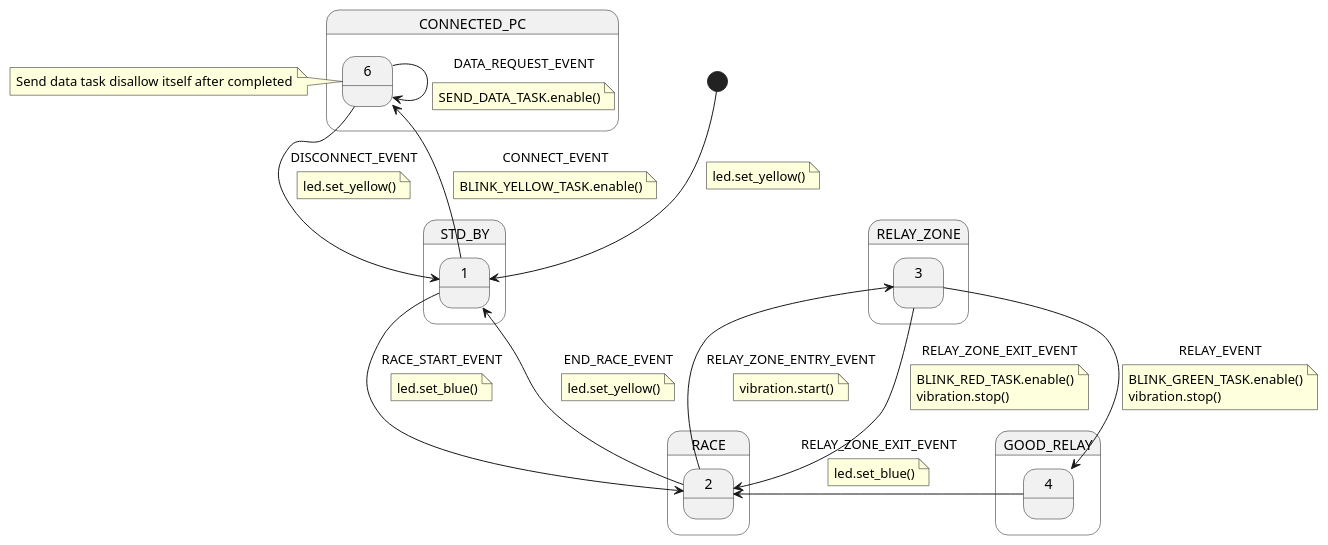
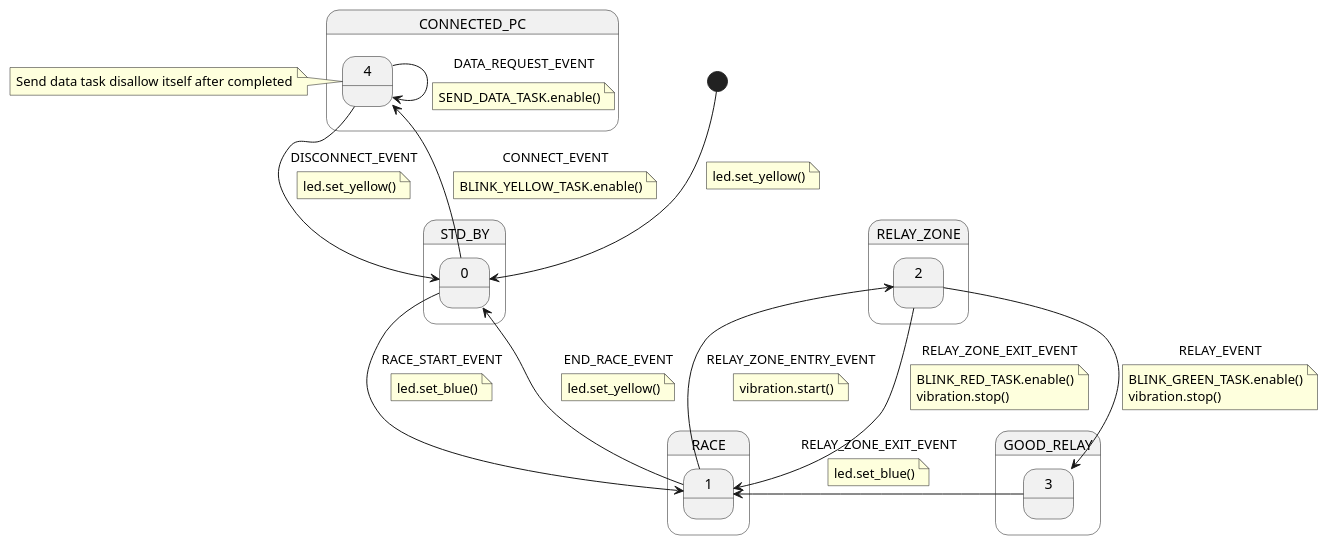
Before and after one commit to MeletChirino/linky4teens_simulator: the diagram in uml/OperatingSM.iuml, drawn with PlantUML.

Commit message:
[UPDATE] uml sm diagram

```diff
--- a/uml/OperatingSM.iuml
+++ b/uml/OperatingSM.iuml
@@ -1,50 +1,50 @@
 @startuml
-[*] --> STD_BY.1
+[*] --> STD_BY.0
 note on link
 	led.set_yellow()
 end note
-STD_BY.1 --> RACE.2 :  RACE_START_EVENT
+STD_BY.0 --> RACE.1 :  RACE_START_EVENT
 note on link
 	led.set_blue()
 end note
-RACE.2 --> STD_BY.1 : END_RACE_EVENT
+RACE.1 --> STD_BY.0 : END_RACE_EVENT
 note on link
 	led.set_yellow()
 end note
-RACE.2 --> RELAY_ZONE.3 : RELAY_ZONE_ENTRY_EVENT
+RACE.1 --> RELAY_ZONE.2 : RELAY_ZONE_ENTRY_EVENT
 note on link
 	vibration.start()
 end note
-RELAY_ZONE.3 --> RACE.2 : RELAY_ZONE_EXIT_EVENT
+RELAY_ZONE.2 --> RACE.1 : RELAY_ZONE_EXIT_EVENT
 note on link
 	BLINK_RED_TASK.enable()
 	vibration.stop()
 end note
-RELAY_ZONE.3 --> GOOD_RELAY.4 : RELAY_EVENT
+RELAY_ZONE.2 --> GOOD_RELAY.3 : RELAY_EVENT
 note on link
 	BLINK_GREEN_TASK.enable()
 	vibration.stop()
 end note
-GOOD_RELAY.4 --> RACE.2 : RELAY_ZONE_EXIT_EVENT
+GOOD_RELAY.3 --> RACE.1 : RELAY_ZONE_EXIT_EVENT
 note on link
 	led.set_blue()
 end note
 
-STD_BY.1 --> CONNECTED_PC.6 : CONNECT_EVENT
+STD_BY.0 --> CONNECTED_PC.4 : CONNECT_EVENT
 note on link
 	BLINK_YELLOW_TASK.enable()
 end note
-CONNECTED_PC.6 --> STD_BY.1 : DISCONNECT_EVENT
+CONNECTED_PC.4 --> STD_BY.0 : DISCONNECT_EVENT
 note on link
 	led.set_yellow()
 end note
 
-CONNECTED_PC.6 --> CONNECTED_PC.6 : DATA_REQUEST_EVENT
+CONNECTED_PC.4 --> CONNECTED_PC.4 : DATA_REQUEST_EVENT
 note on link
 	SEND_DATA_TASK.enable()
 end note
-note left of CONNECTED_PC.6
+note left of CONNECTED_PC.4
 	Send data task disallow itself after completed
 end note
 
 @enduml
```
